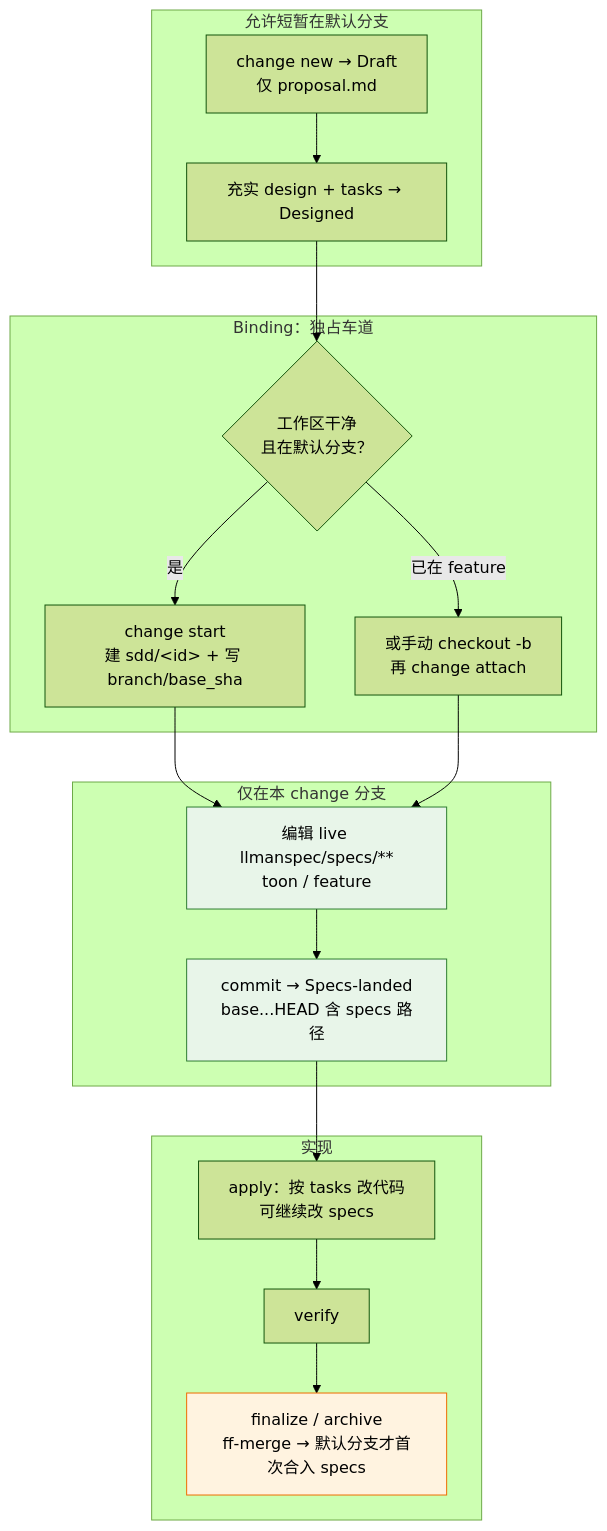
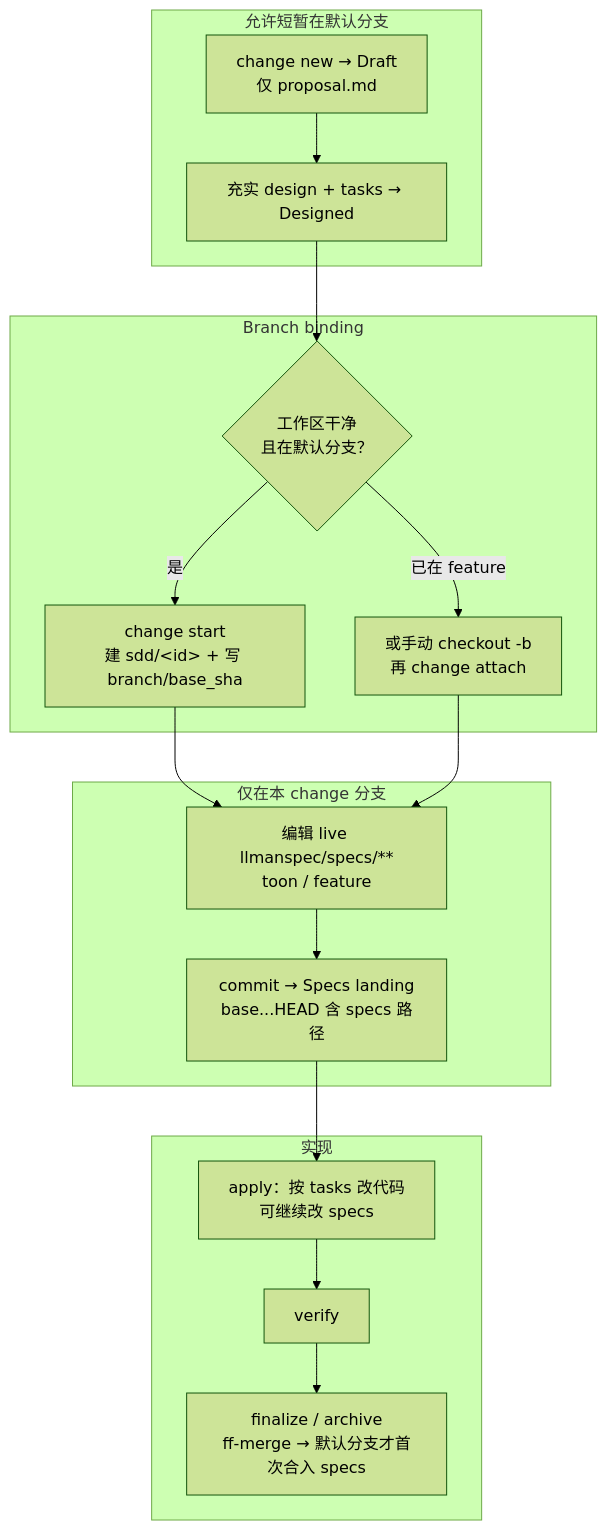
Before and after one commit to StrayDragon/llman: the first of 2 diagrams in .agents/skills/llman-sdd-propose/SKILL.md, drawn with Mermaid (forest theme). The commit also changed other lines of this file and 48 other files, not shown here.

````diff
--- a/.agents/skills/llman-sdd-propose/SKILL.md
+++ b/.agents/skills/llman-sdd-propose/SKILL.md
@@ -21,33 +21,29 @@
 ```mermaid
 flowchart TB
   subgraph main_ok["允许短暂在默认分支"]
     A["change new → Draft<br/>仅 proposal.md"]
     B["充实 design + tasks → Designed"]
   end
 
-  subgraph gate_start["Binding：独占车道"]
+  subgraph gate_start["Branch binding"]
     C{"工作区干净<br/>且在默认分支？"}
     D["change start<br/>建 sdd/&lt;id&gt; + 写 branch/base_sha"]
     E["或手动 checkout -b<br/>再 change attach"]
   end
 
   subgraph specs_only["仅在本 change 分支"]
     F["编辑 live llmanspec/specs/**<br/>toon / feature"]
-    G["commit → Specs-landed<br/>base...HEAD 含 specs 路径"]
+    G["commit → Specs landing<br/>base...HEAD 含 specs 路径"]
   end
 
   subgraph implement["实现"]
     H["apply：按 tasks 改代码<br/>可继续改 specs"]
     I["verify"]
     J["finalize / archive<br/>ff-merge → 默认分支才首次合入 specs"]
   end
 
   A --> B --> C
   C -->|是| D --> F
   C -->|已在 feature| E --> F
   F --> G --> H --> I --> J
-
-  style F fill:#e8f5e9,stroke:#2e7d32
-  style G fill:#e8f5e9,stroke:#2e7d32
-  style J fill:#fff3e0,stroke:#ef6c00
 ```
````
